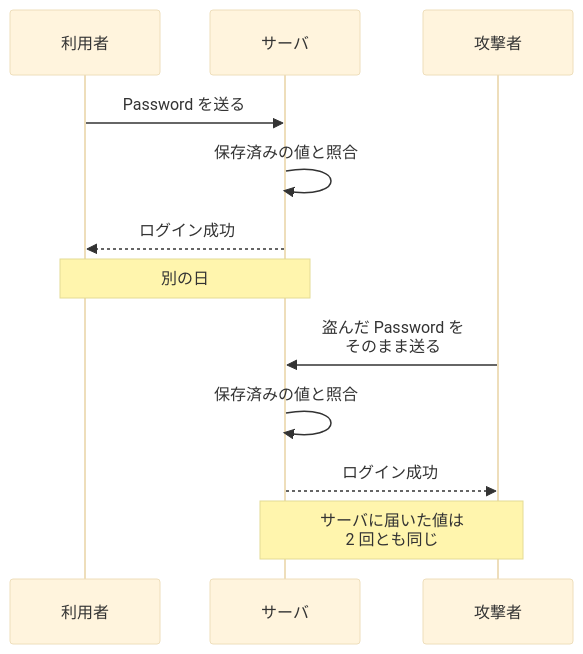
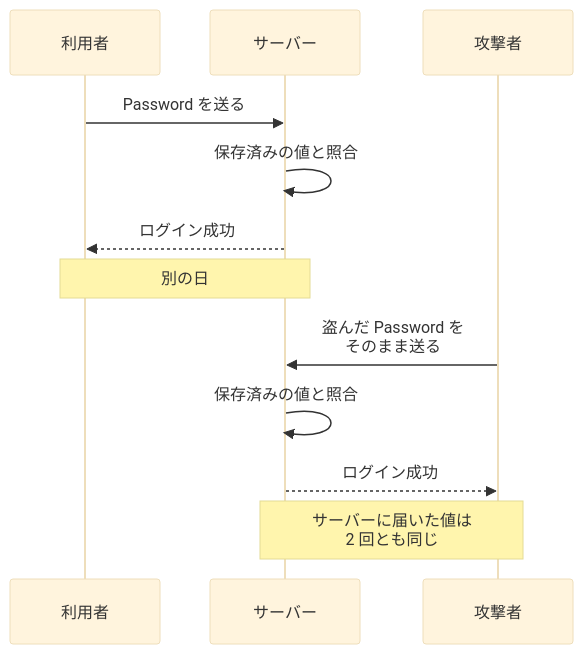
One commit to nao1215/debimate changed the second of 7 diagrams in content/notes/security/authentication/index.md. Above: the diagram before and after it, drawn with Mermaid (base theme). The commit also changed other lines of this file and 56 other files, not shown here.

````diff
--- a/content/notes/security/authentication/index.md
+++ b/content/notes/security/authentication/index.md
@@ -33,14 +33,14 @@
 ```mermaid
 sequenceDiagram
     participant U as 利用者
-    participant S as サーバ
+    participant S as サーバー
     participant A as 攻撃者
     U->>S: Password を送る
     S->>S: 保存済みの値と照合
     S-->>U: ログイン成功
     Note over U,S: 別の日
     A->>S: 盗んだ Password を<br/>そのまま送る
     S->>S: 保存済みの値と照合
     S-->>A: ログイン成功
-    Note over S,A: サーバに届いた値は<br/>2 回とも同じ
+    Note over S,A: サーバーに届いた値は<br/>2 回とも同じ
 ```
````
